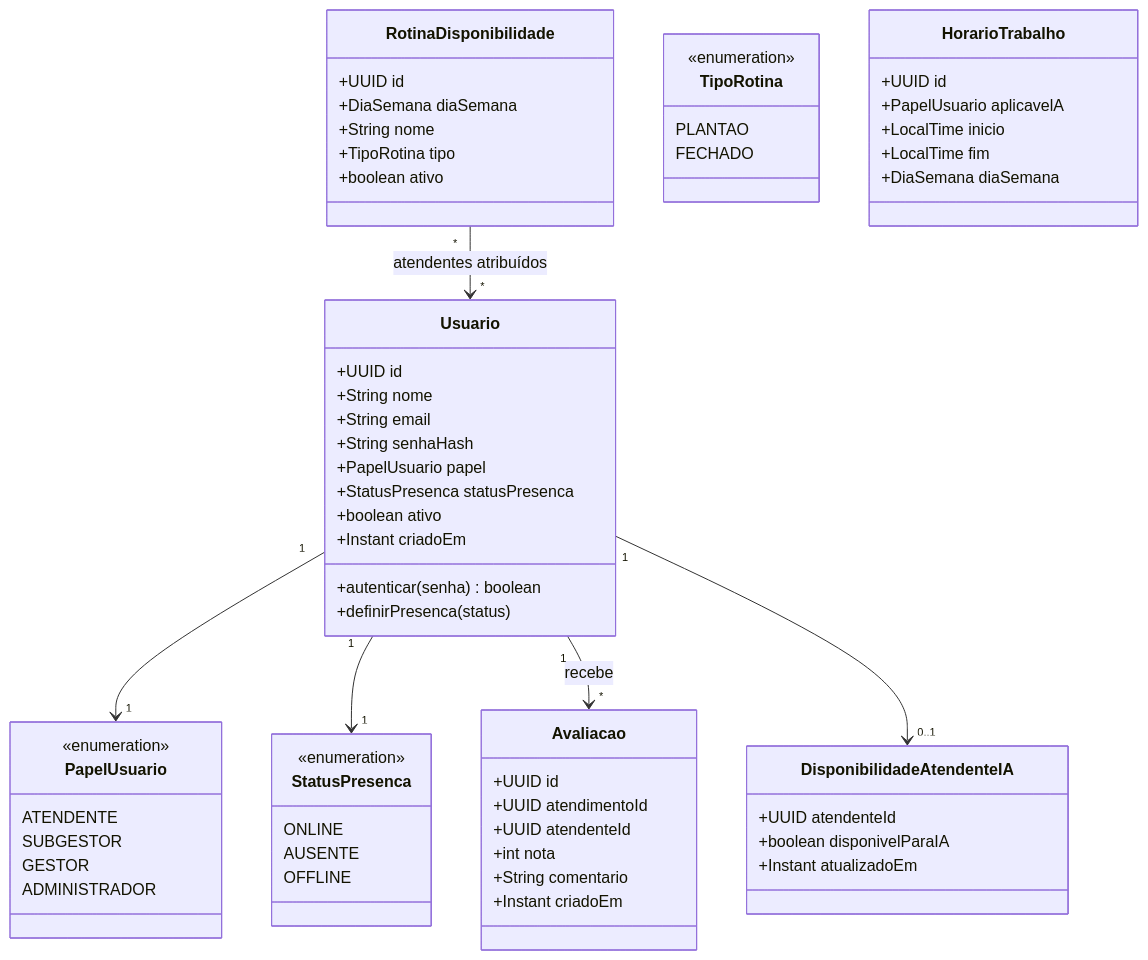
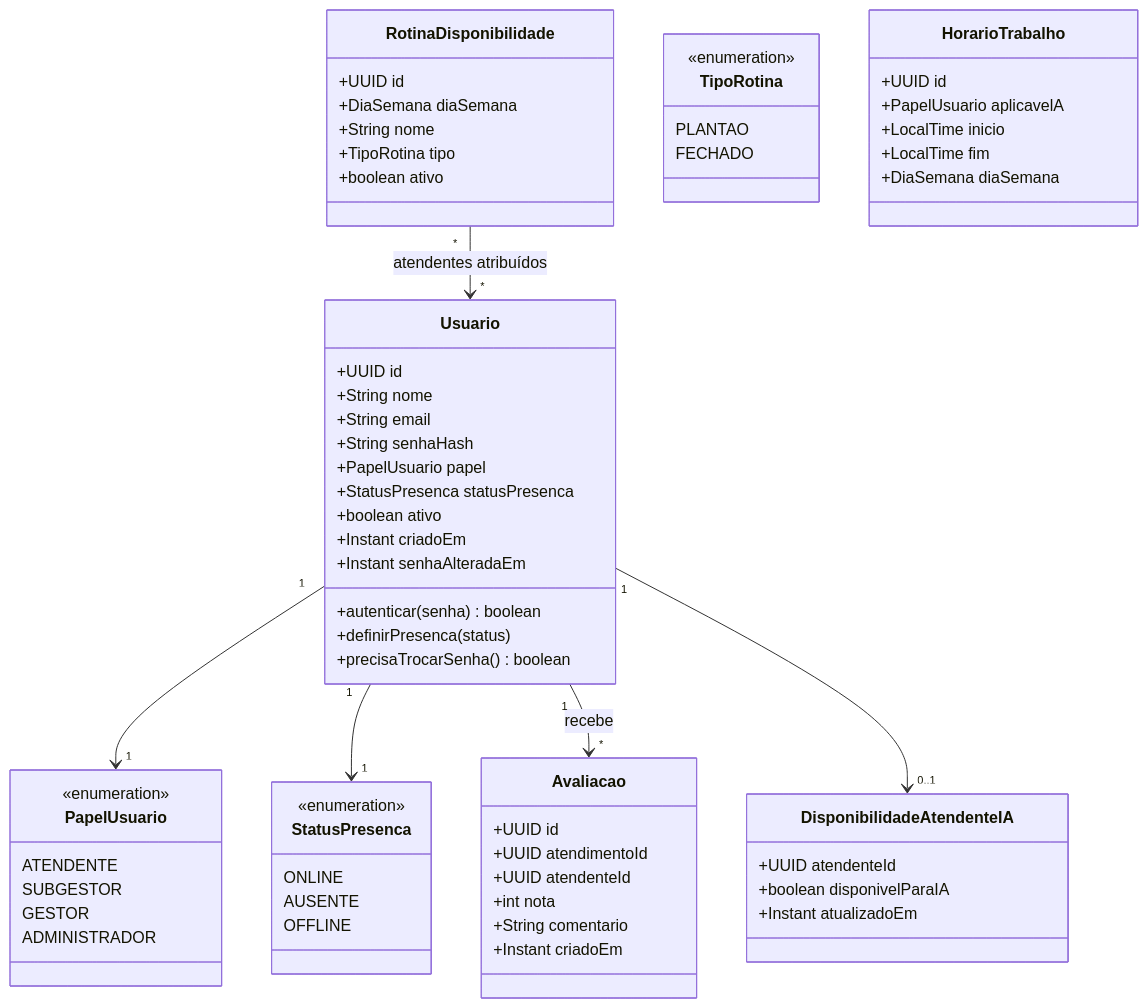
The first of 6 diagrams in docs/02-modelo-dominio-classes.md (synapse-auto/ERP-Matriz-Synapse), drawn with Mermaid before and after one commit. The commit also changed 2 other files, not shown here.

Commit message:
docs: registrar usuario.senha_alterada_em em docs/02, 03 e 11 (E29)
docs/11 ja estava desatualizado antes desta etapa (para na V22, contagem
"22 migrations", enquanto o repositorio ja tinha chegado a V27) - nao
retroagi o historico de V23 a V27, fora do escopo desta etapa; só
acrescentei a coluna nova na lista compacta da tabela usuario. Registrado
no relatorio final como divergencia encontrada no caminho.

````diff
--- a/docs/02-modelo-dominio-classes.md
+++ b/docs/02-modelo-dominio-classes.md
@@ -9,73 +9,75 @@
 ```mermaid
 classDiagram
     class Usuario {
         +UUID id
         +String nome
         +String email
         +String senhaHash
         +PapelUsuario papel
         +StatusPresenca statusPresenca
         +boolean ativo
         +Instant criadoEm
+        +Instant senhaAlteradaEm
         +autenticar(senha) boolean
         +definirPresenca(status)
+        +precisaTrocarSenha() boolean
     }
 
     class PapelUsuario {
         <<enumeration>>
         ATENDENTE
         SUBGESTOR
         GESTOR
         ADMINISTRADOR
     }
 
     class StatusPresenca {
         <<enumeration>>
         ONLINE
         AUSENTE
         OFFLINE
     }
 
     class Avaliacao {
         +UUID id
         +UUID atendimentoId
         +UUID atendenteId
         +int nota
         +String comentario
         +Instant criadoEm
     }
 
     class RotinaDisponibilidade {
         +UUID id
         +DiaSemana diaSemana
         +String nome
         +TipoRotina tipo
         +boolean ativo
     }
 
     class TipoRotina {
         <<enumeration>>
         PLANTAO
         FECHADO
     }
 
     class DisponibilidadeAtendenteIA {
         +UUID atendenteId
         +boolean disponivelParaIA
         +Instant atualizadoEm
     }
 
     class HorarioTrabalho {
         +UUID id
         +PapelUsuario aplicavelA
         +LocalTime inicio
         +LocalTime fim
         +DiaSemana diaSemana
     }
 
     Usuario "1" --> "1" PapelUsuario
     Usuario "1" --> "1" StatusPresenca
     Usuario "1" --> "*" Avaliacao : recebe
     RotinaDisponibilidade "*" --> "*" Usuario : atendentes atribuídos
     Usuario "1" --> "0..1" DisponibilidadeAtendenteIA
 ```
````
